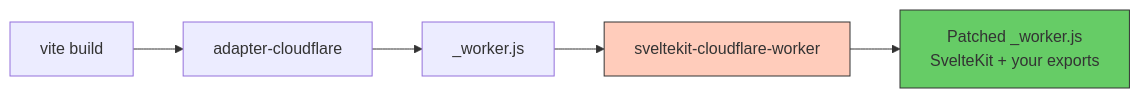
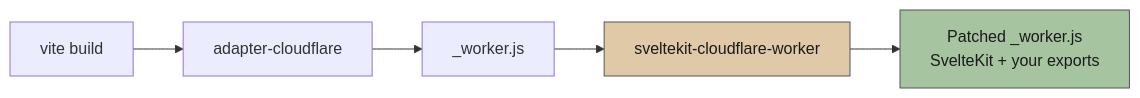
The second of 2 diagrams in README.md (beynar/sveltekit-cloudflare-worker), drawn with Mermaid before and after one commit. The commit also changed other lines of this file and 1 other file, not shown here.

````diff
--- a/README.md
+++ b/README.md
@@ -265,10 +265,10 @@
 ```mermaid
 flowchart LR
     A[vite build] --> B[adapter-cloudflare]
     B --> C["_worker.js"]
     C --> D[sveltekit-cloudflare-worker]
     D --> E["Patched _worker.js<br/>SvelteKit + your exports"]
 
-    style D fill:#fcb,stroke:#333
-    style E fill:#6c6,stroke:#333
+    style D fill:#e0c9a6,stroke:#555,color:#1a1a1a
+    style E fill:#a6c4a0,stroke:#555,color:#1a1a1a
 ```
````
